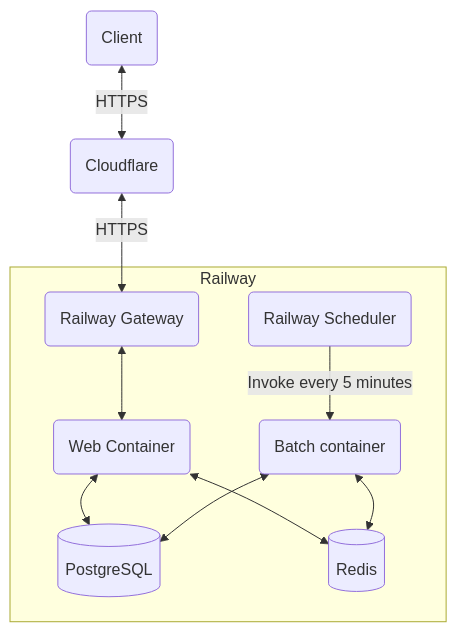
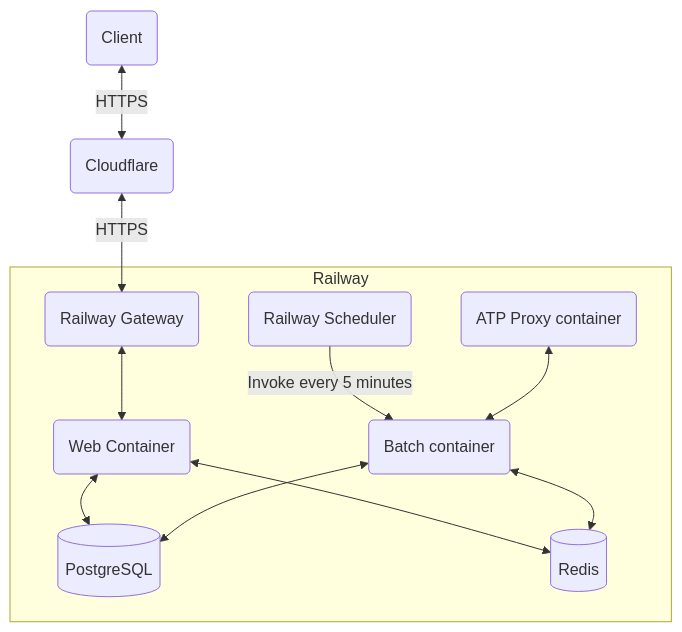
Before and after one commit to kuropen/kuropen-org-2025: the diagram in README.md, drawn with Mermaid. The commit also changed other lines of this file and 5 other files, not shown here.

````diff
--- a/README.md
+++ b/README.md
@@ -33,12 +35,13 @@
 ```mermaid
     graph TD
         A(Client) <-- HTTPS --> B(Cloudflare)
         B <-- HTTPS --> I
         
         subgraph Railway
             I(Railway Gateway) <--> C
             F(Railway Scheduler) -- Invoke every 5 minutes --> G(PHP Container for batch)
             C(Web Container) <--> D[(PostgreSQL)] & E[(Redis)]
             G(Batch container) <--> D & E
+            H(ATP Proxy container) <--> G
         end
 ```
````
